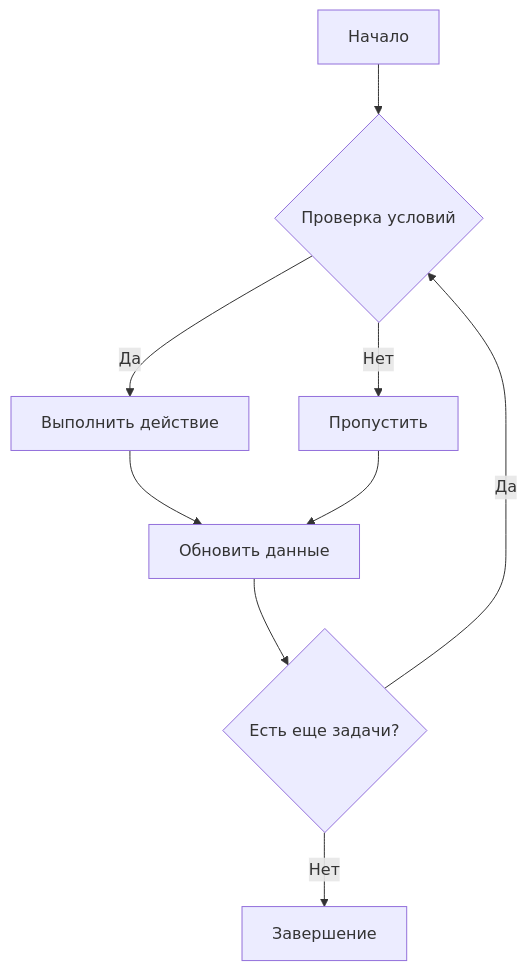
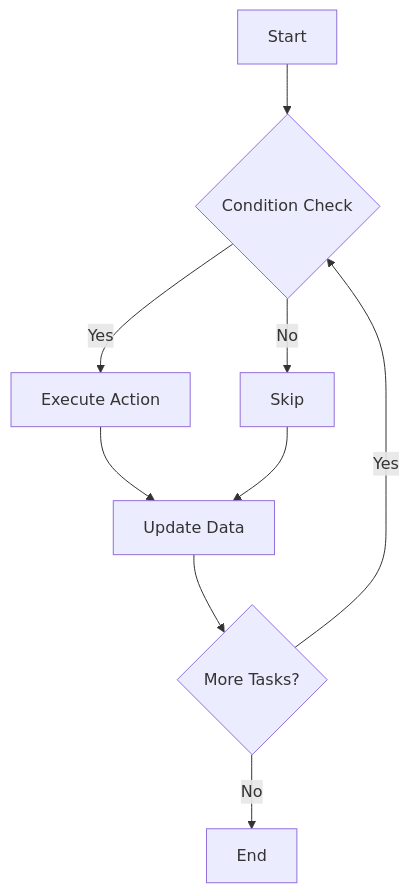
The first of 5 diagrams in content/1.mdx (GTFB/probo), drawn with Mermaid before and after one commit. The commit also changed other lines of this file and 20 other files, not shown here.

````diff
--- a/content/1.mdx
+++ b/content/1.mdx
@@ -202,17 +199,17 @@
 ```mermaid
 %% zoom: true
 %% height: 60vh
 %% zoom-min: 0.5
 %% zoom-max: 3
 %% zoom-initial: 0.8
-%% tooltip: Эта диаграмма показывает архитектуру системы Probo
+%% tooltip: This diagram shows the Probo system architecture
 flowchart TD
-    A[Начало] --> B{Проверка условий}
-    B -->|Да| C[Выполнить действие]
-    B -->|Нет| D[Пропустить]
-    C --> E[Обновить данные]
+    A[Start] --> B{Condition Check}
+    B -->|Yes| C[Execute Action]
+    B -->|No| D[Skip]
+    C --> E[Update Data]
     D --> E
-    E --> F{Есть еще задачи?}
-    F -->|Да| B
-    F -->|Нет| G[Завершение]
+    E --> F{More Tasks?}
+    F -->|Yes| B
+    F -->|No| G[End]
 ```
````
